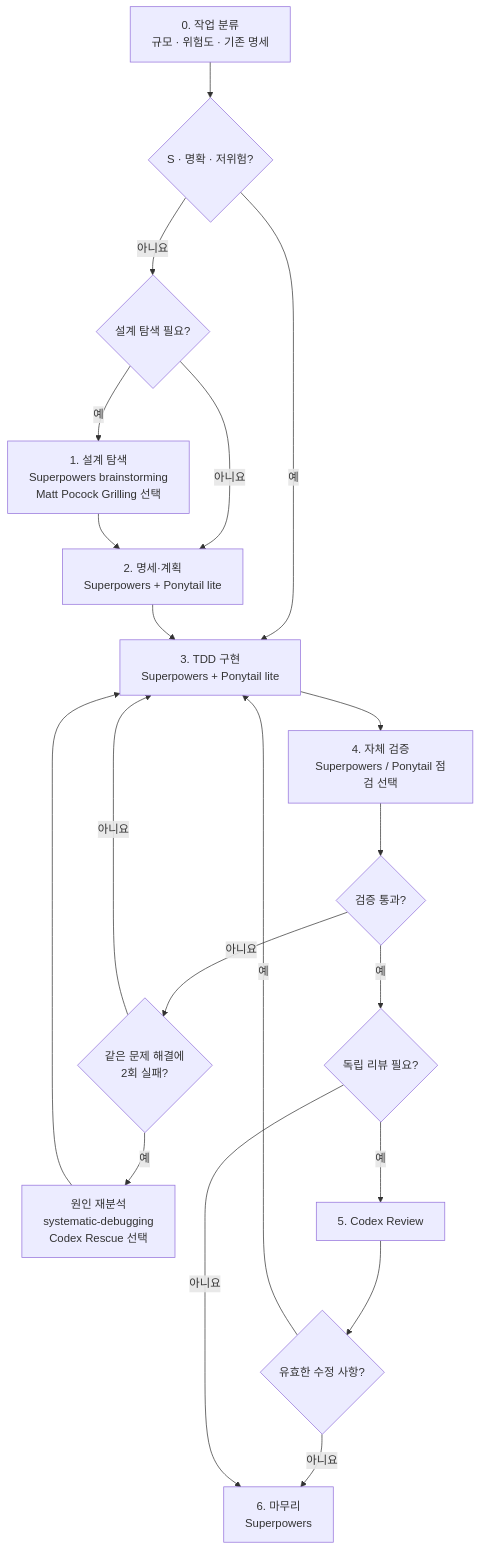
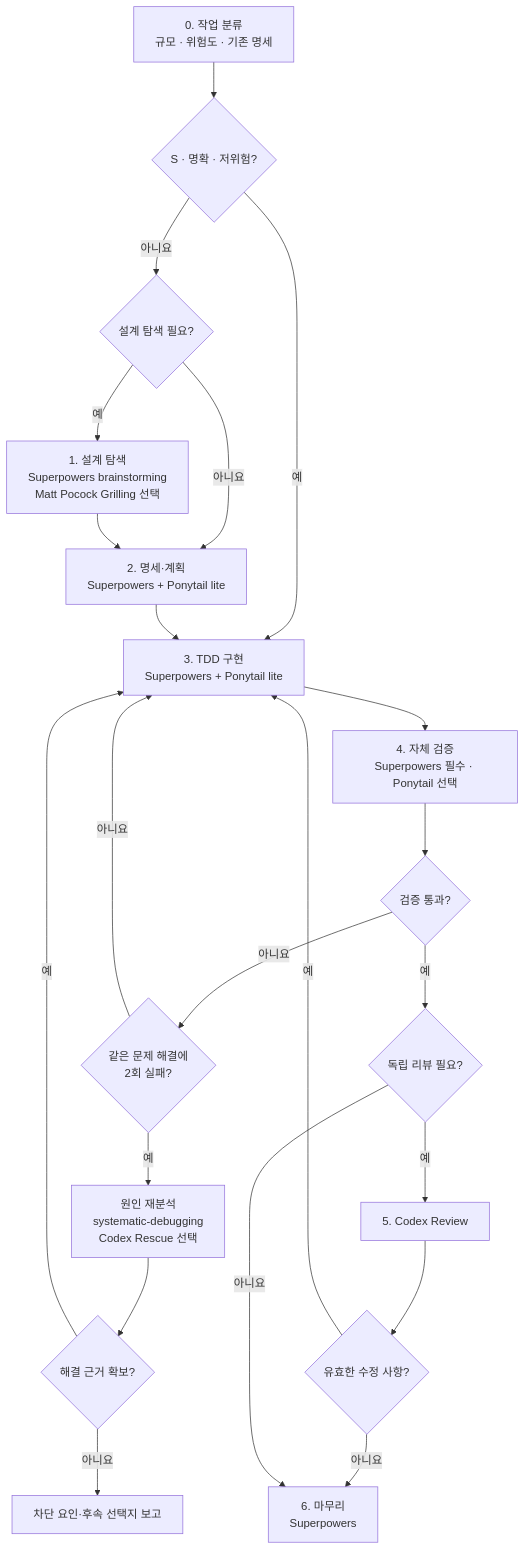
Before and after one commit to bottle-ship/cc-workflow: the diagram in README.md, drawn with Mermaid. The commit also changed other lines of this file, not shown here.

````diff
--- a/README.md
+++ b/README.md
@@ -19,22 +19,24 @@
 ```mermaid
 flowchart TD
     A["0. 작업 분류<br/>규모 · 위험도 · 기존 명세"] --> Q{"S · 명확 · 저위험?"}
     Q -- "예" --> E["3. TDD 구현<br/>Superpowers + Ponytail lite"]
     Q -- "아니요" --> B{"설계 탐색 필요?"}
     B -- "예" --> C["1. 설계 탐색<br/>Superpowers brainstorming<br/>Matt Pocock Grilling 선택"]
     B -- "아니요" --> D["2. 명세·계획<br/>Superpowers + Ponytail lite"]
     C --> D
     D --> E
-    E --> F["4. 자체 검증<br/>Superpowers / Ponytail 점검 선택"]
+    E --> F["4. 자체 검증<br/>Superpowers 필수 · Ponytail 선택"]
     F --> G{"검증 통과?"}
     G -- "아니요" --> R{"같은 문제 해결에<br/>2회 실패?"}
     R -- "아니요" --> E
     R -- "예" --> S["원인 재분석<br/>systematic-debugging<br/>Codex Rescue 선택"]
-    S --> E
+    S --> T{"해결 근거 확보?"}
+    T -- "예" --> E
+    T -- "아니요" --> U["차단 요인·후속 선택지 보고"]
     G -- "예" --> H{"독립 리뷰 필요?"}
     H -- "예" --> I["5. Codex Review"]
     I --> J{"유효한 수정 사항?"}
     J -- "예" --> E
     J -- "아니요" --> K["6. 마무리<br/>Superpowers"]
     H -- "아니요" --> K
 ```
````
